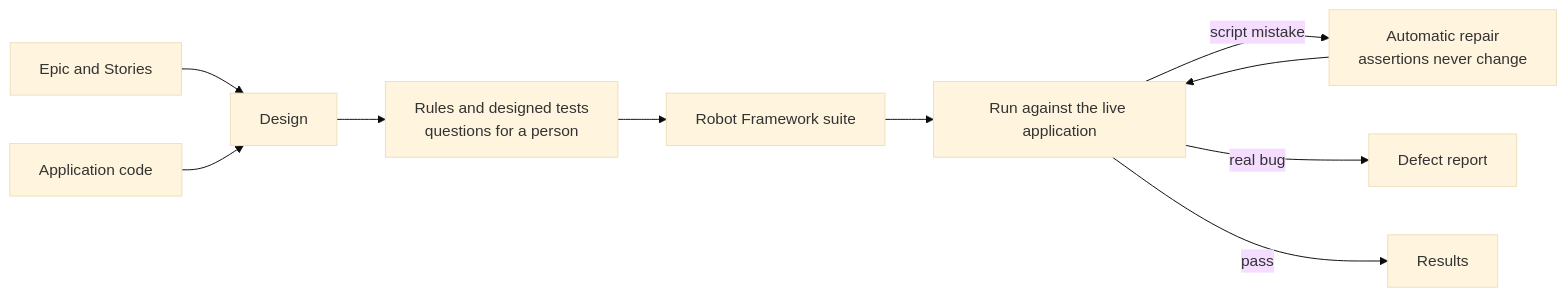
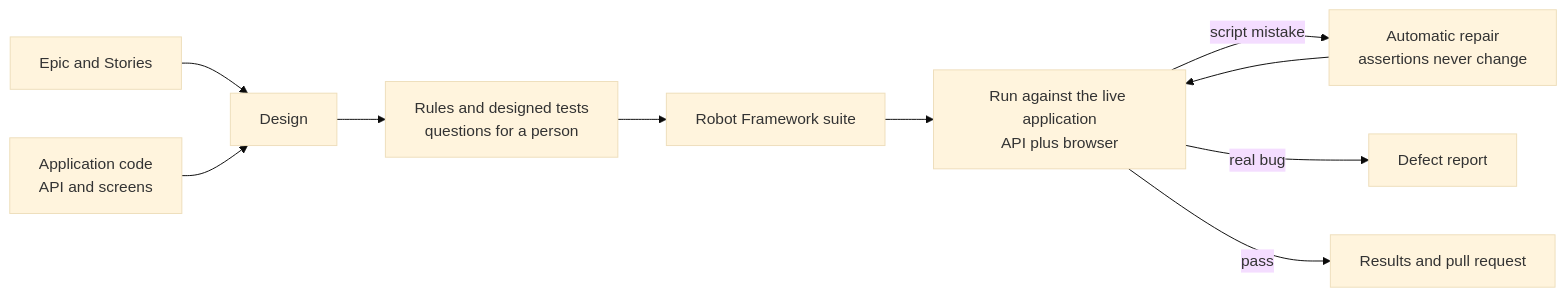
The diagram in README.md (Mallikarjun-Auto/stories-to-e2e-demo), drawn with Mermaid (base theme) before and after one commit. The commit also changed other lines of this file and 11 other files, not shown here.

````diff
--- a/README.md
+++ b/README.md
@@ -17,12 +18,12 @@
 ```mermaid
 flowchart LR
     A[Epic and Stories] --> C[Design]
-    B[Application code] --> C
+    B[Application code<br/>API and screens] --> C
     C --> D[Rules and designed tests<br/>questions for a person]
     D --> E[Robot Framework suite]
-    E --> F[Run against the live application]
+    E --> F[Run against the live application<br/>API plus browser]
     F -->|script mistake| G[Automatic repair<br/>assertions never change]
     G --> F
     F -->|real bug| H[Defect report]
-    F -->|pass| I[Results]
+    F -->|pass| I[Results and pull request]
 ```
````
